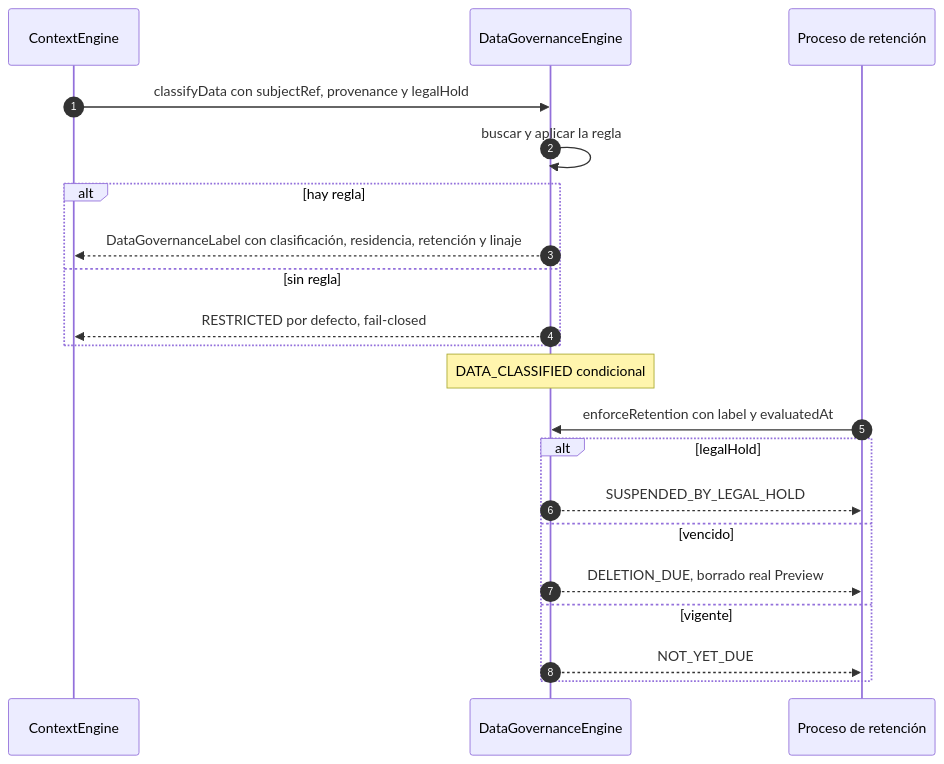
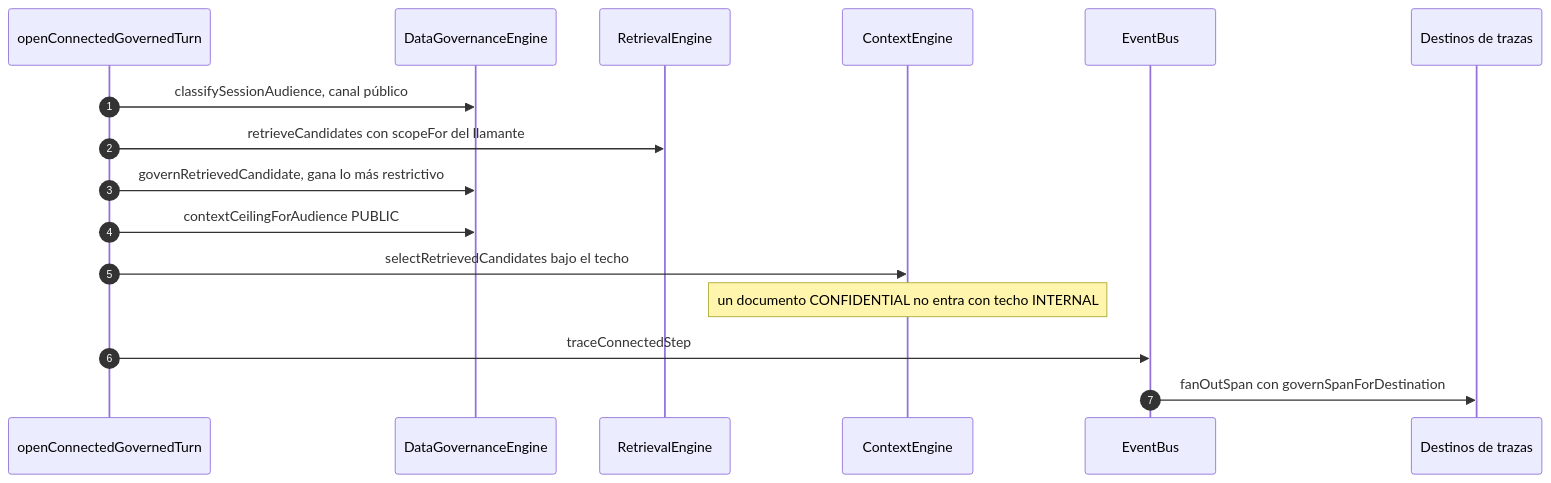
Before and after one commit to aaramirez/arnes-ai: the eighth of 10 diagrams in docs/diagramas/book-harness/BH-10-Flujos-Empresariales.md, drawn with Mermaid. The commit also changed other lines of this file and 52 other files, not shown here.

````diff
--- a/docs/diagramas/book-harness/BH-10-Flujos-Empresariales.md
+++ b/docs/diagramas/book-harness/BH-10-Flujos-Empresariales.md
@@ -375,24 +427,19 @@
 ```mermaid
 sequenceDiagram
   autonumber
+  participant F as openConnectedGovernedTurn
+  participant DGE as DataGovernanceEngine
+  participant RE as RetrievalEngine
   participant CE as ContextEngine
-  participant DGE as DataGovernanceEngine
-  participant OPS as Proceso de retención
+  participant EB as EventBus
+  participant OBS as Destinos de trazas
 
-  CE->>DGE: classifyData con subjectRef, provenance y legalHold
-  DGE->>DGE: buscar y aplicar la regla
-  alt hay regla
-    DGE-->>CE: DataGovernanceLabel con clasificación, residencia, retención y linaje
-  else sin regla
-    DGE-->>CE: RESTRICTED por defecto, fail-closed
-  end
-  Note over DGE: DATA_CLASSIFIED condicional
-  OPS->>DGE: enforceRetention con label y evaluatedAt
-  alt legalHold
-    DGE-->>OPS: SUSPENDED_BY_LEGAL_HOLD
-  else vencido
-    DGE-->>OPS: DELETION_DUE, borrado real Preview
-  else vigente
-    DGE-->>OPS: NOT_YET_DUE
-  end
+  F->>DGE: classifySessionAudience, canal público
+  F->>RE: retrieveCandidates con scopeFor del llamante
+  F->>DGE: governRetrievedCandidate, gana lo más restrictivo
+  F->>DGE: contextCeilingForAudience PUBLIC
+  F->>CE: selectRetrievedCandidates bajo el techo
+  Note over CE: un documento CONFIDENTIAL no entra con techo INTERNAL
+  F->>EB: traceConnectedStep
+  EB->>OBS: fanOutSpan con governSpanForDestination
 ```
````
